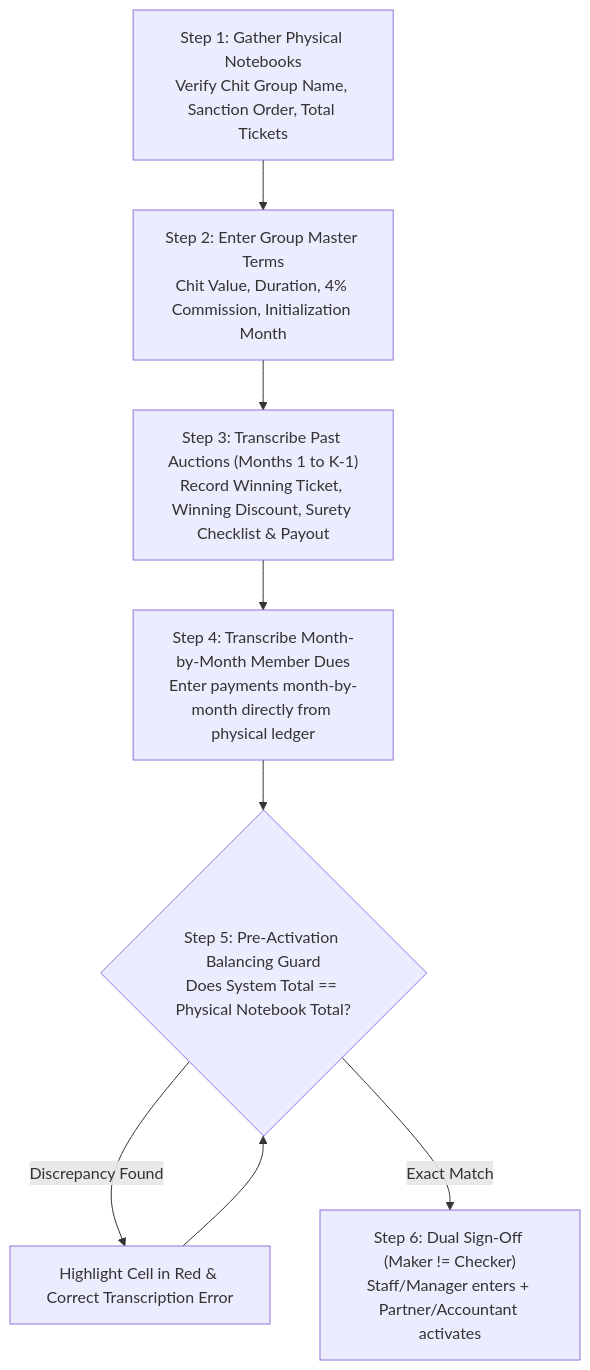
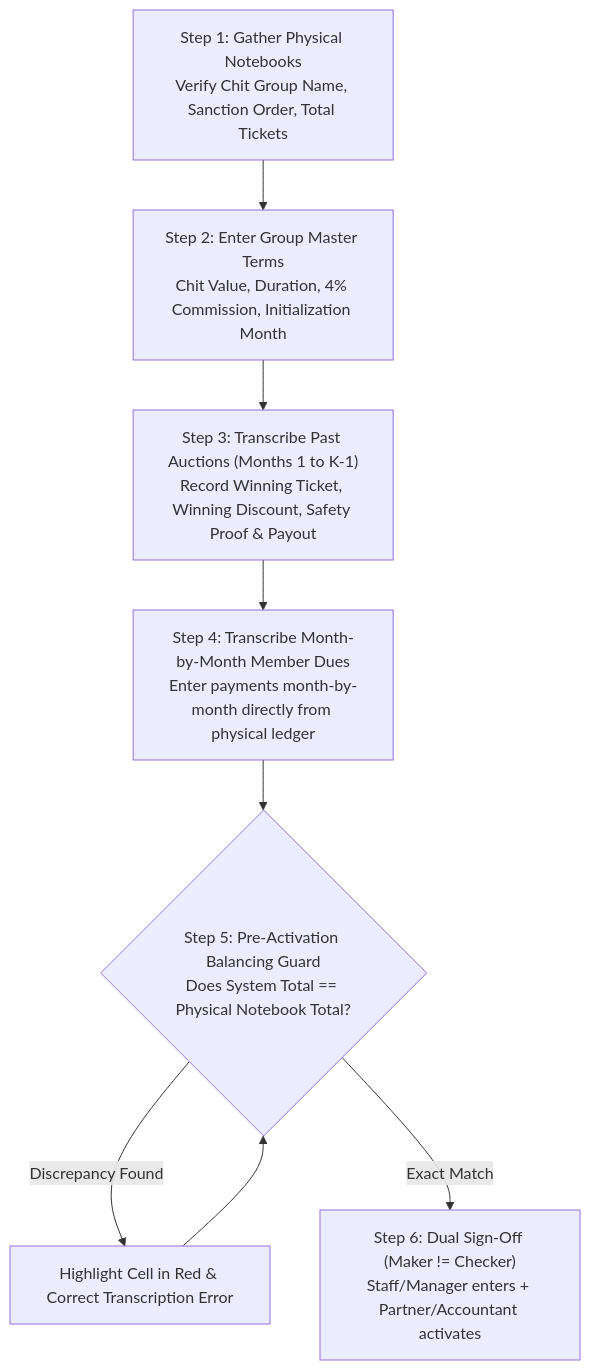
Before and after one commit to Kathir-24/Kumaran-finance: the diagram in docs/07-operations/manual-onboarding-sop.md, drawn with Mermaid. The commit also changed other lines of this file and 16 other files, not shown here.

Commit message:
docs: align architectural rules across all specs with ADR-06 (fixed 1/4 ceiling), ADR-07 (single payment), and ADR-15 (safety proof)

````diff
--- a/docs/07-operations/manual-onboarding-sop.md
+++ b/docs/07-operations/manual-onboarding-sop.md
@@ -12,10 +12,10 @@
 ```mermaid
 flowchart TD
     Step1["Step 1: Gather Physical Notebooks\nVerify Chit Group Name, Sanction Order, Total Tickets"] --> Step2["Step 2: Enter Group Master Terms\nChit Value, Duration, 4% Commission, Initialization Month"]
-    Step2 --> Step3["Step 3: Transcribe Past Auctions (Months 1 to K-1)\nRecord Winning Ticket, Winning Discount, Surety Checklist & Payout"]
+    Step2 --> Step3["Step 3: Transcribe Past Auctions (Months 1 to K-1)\nRecord Winning Ticket, Winning Discount, Safety Proof & Payout"]
     Step3 --> Step4["Step 4: Transcribe Month-by-Month Member Dues\nEnter payments month-by-month directly from physical ledger"]
     Step4 --> Step5{"Step 5: Pre-Activation Balancing Guard\nDoes System Total == Physical Notebook Total?"}
     Step5 -- Discrepancy Found --> Fix["Highlight Cell in Red & Correct Transcription Error"]
     Fix --> Step5
     Step5 -- Exact Match --> Signoff["Step 6: Dual Sign-Off (Maker != Checker)\nStaff/Manager enters + Partner/Accountant activates"]
 ```
````
